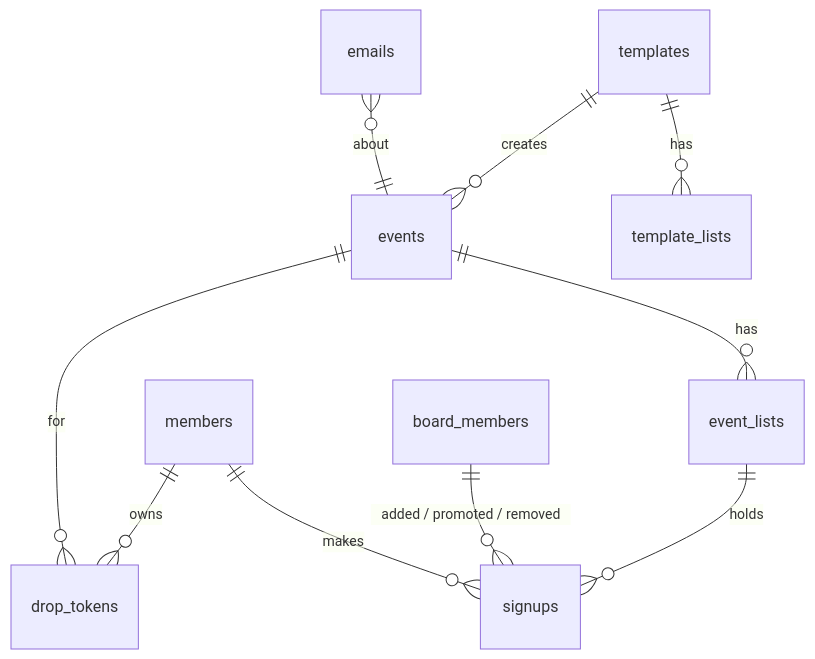
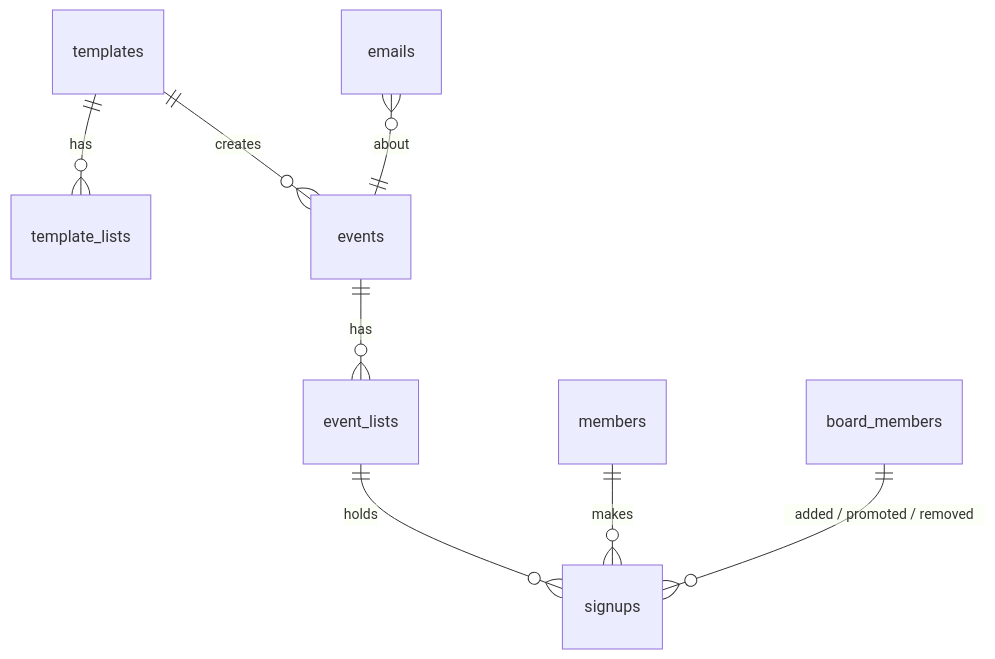
One commit to mmolinos95/the-list changed the diagram in DATA_MODEL.md. Above: the diagram before and after it, drawn with Mermaid. The commit also changed other lines of this file and 8 other files, not shown here.

````diff
--- a/DATA_MODEL.md
+++ b/DATA_MODEL.md
@@ -7,12 +7,10 @@
 ```mermaid
 erDiagram
   templates ||--o{ template_lists : "has"
   templates ||--o{ events : "creates"
   events ||--o{ event_lists : "has"
   event_lists ||--o{ signups : "holds"
   members ||--o{ signups : "makes"
-  members ||--o{ drop_tokens : "owns"
-  events ||--o{ drop_tokens : "for"
   board_members ||--o{ signups : "added / promoted / removed"
   emails }o--|| events : "about"
 ```
````
